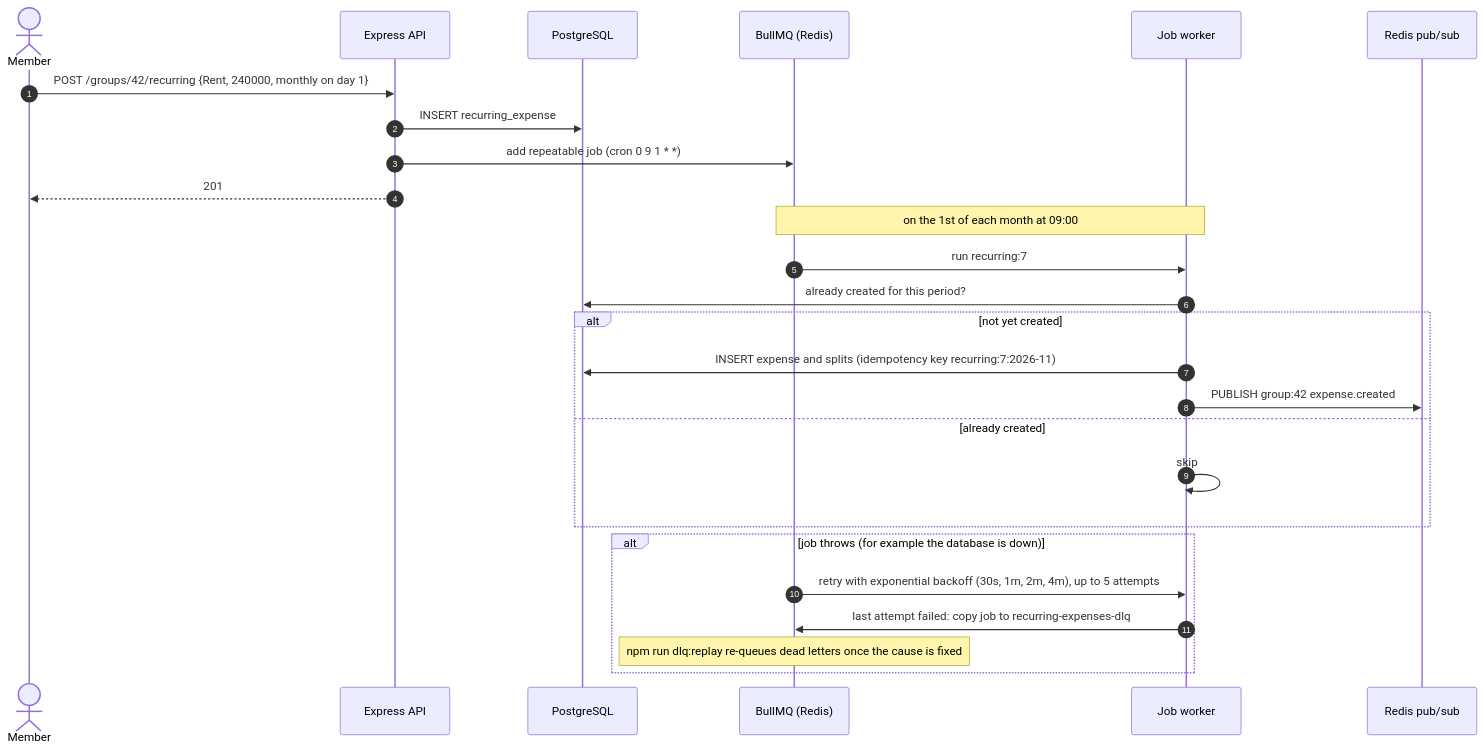
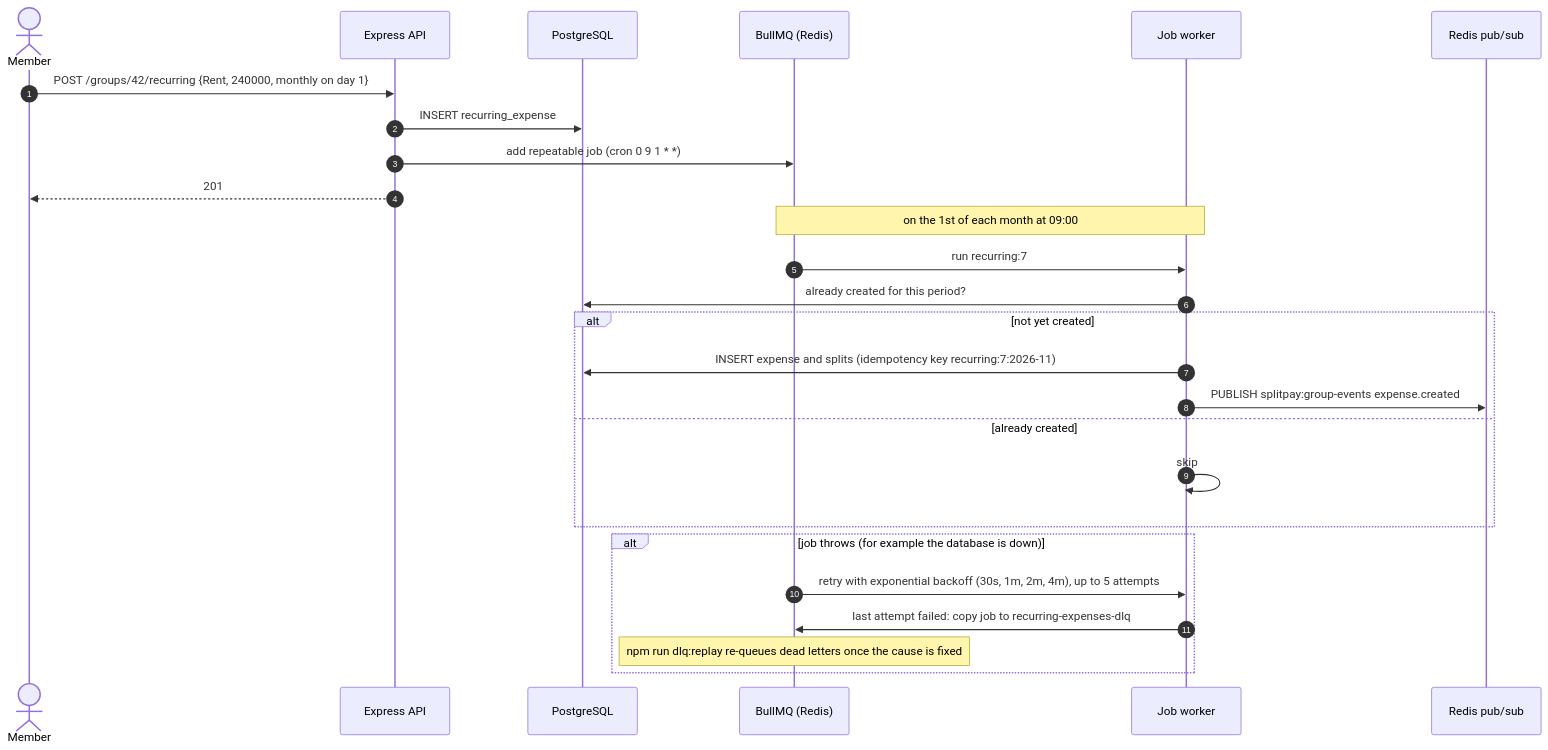
One commit to ABHI-742/splitpay changed the diagram in docs/diagrams/sequence-recurring-expense.md. Above: the diagram before and after it, drawn with Mermaid. The commit also changed 10 other files, not shown here.

First line of the commit message:
Handle concurrent duplicate expenses and bring architecture docs up to date

````diff
--- a/docs/diagrams/sequence-recurring-expense.md
+++ b/docs/diagrams/sequence-recurring-expense.md
@@ -3,31 +3,31 @@
 ```mermaid
 sequenceDiagram
     autonumber
     actor M as Member
     participant API as Express API
     participant DB as PostgreSQL
     participant Q as BullMQ (Redis)
     participant J as Job worker
     participant R as Redis pub/sub
 
     M->>API: POST /groups/42/recurring {Rent, 240000, monthly on day 1}
     API->>DB: INSERT recurring_expense
     API->>Q: add repeatable job (cron 0 9 1 * *)
     API-->>M: 201
 
     Note over Q,J: on the 1st of each month at 09:00
     Q->>J: run recurring:7
     J->>DB: already created for this period?
     alt not yet created
         J->>DB: INSERT expense and splits (idempotency key recurring:7:2026-11)
-        J->>R: PUBLISH group:42 expense.created
+        J->>R: PUBLISH splitpay:group-events expense.created
     else already created
         J->>J: skip
     end
 
     alt job throws (for example the database is down)
         Q->>J: retry with exponential backoff (30s, 1m, 2m, 4m), up to 5 attempts
         J->>Q: last attempt failed: copy job to recurring-expenses-dlq
         Note over Q: npm run dlq:replay re-queues dead letters once the cause is fixed
     end
 ```
````
